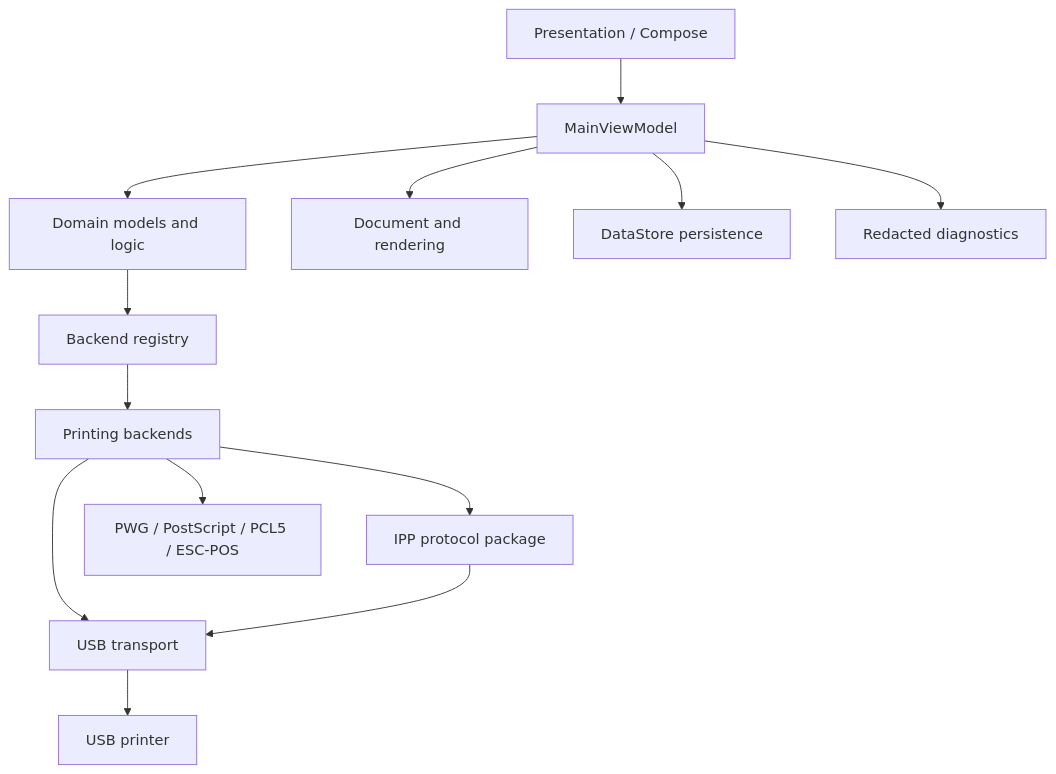
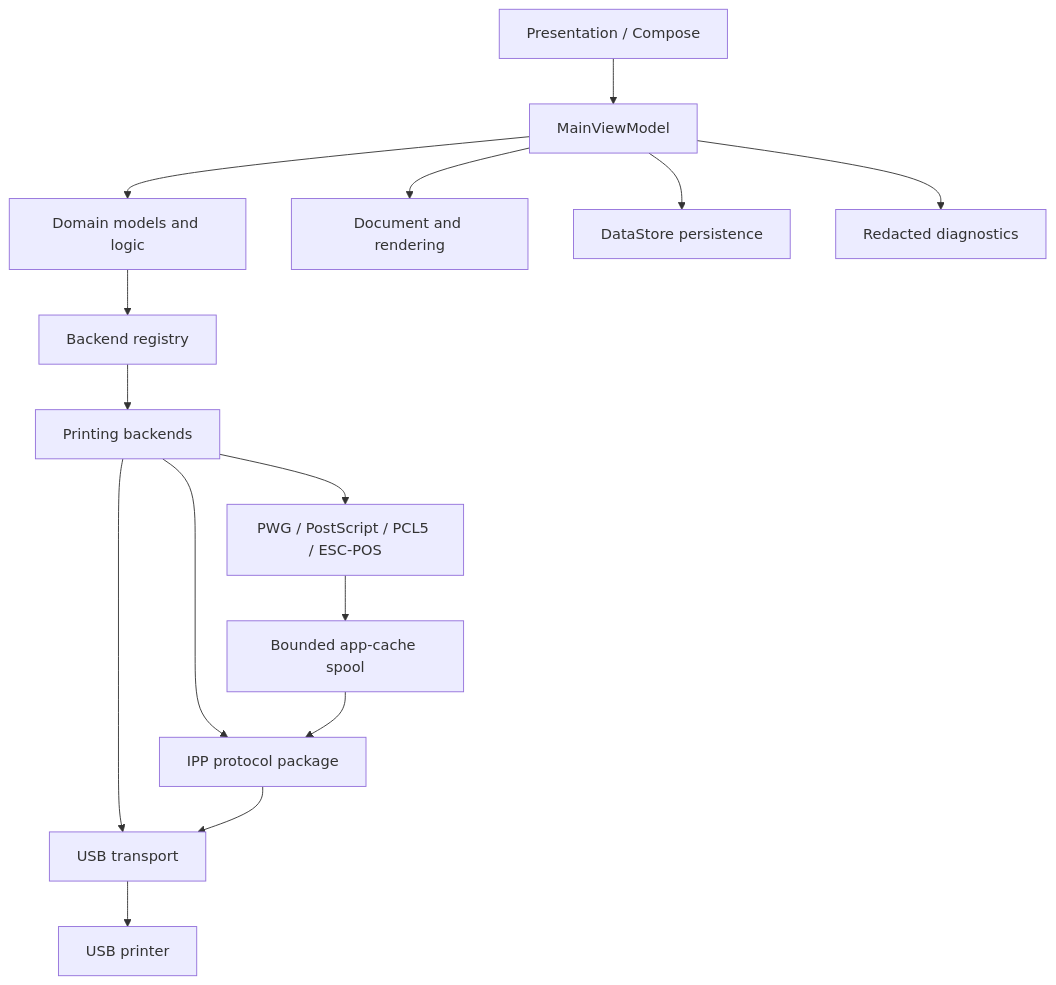
Before and after one commit to scholnik123/usb-print-android: the first of 4 diagrams in docs/ARCHITECTURE.md, drawn with Mermaid. The commit also changed other lines of this file and 7 other files, not shown here.

````diff
--- a/docs/ARCHITECTURE.md
+++ b/docs/ARCHITECTURE.md
@@ -7,15 +7,17 @@
 ```mermaid
 flowchart TB
     UI[Presentation / Compose] --> VM[MainViewModel]
     VM --> DOMAIN[Domain models and logic]
     VM --> DOC[Document and rendering]
     VM --> PREFS[DataStore persistence]
     DOMAIN --> REGISTRY[Backend registry]
     REGISTRY --> PRINT[Printing backends]
     PRINT --> IPP[IPP protocol package]
     PRINT --> PROTOCOLS[PWG / PostScript / PCL5 / ESC-POS]
+    PROTOCOLS --> SPOOL[Bounded app-cache spool]
+    SPOOL --> IPP
     PRINT --> USB[USB transport]
     IPP --> USB
     USB --> PRINTER[USB printer]
     VM --> DIAG[Redacted diagnostics]
 ```
````
